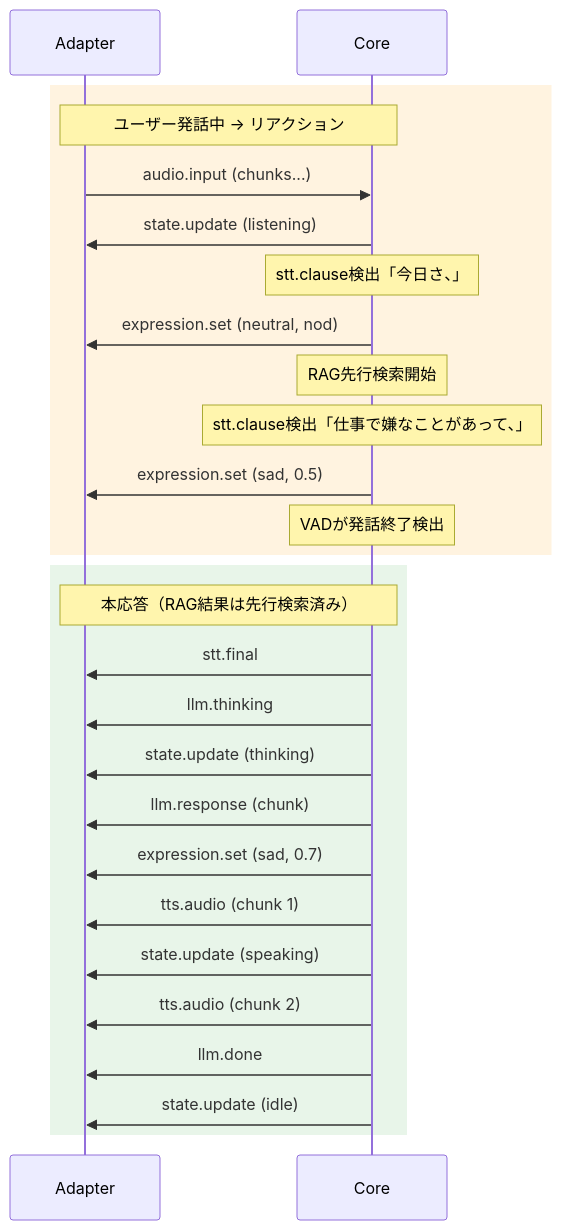
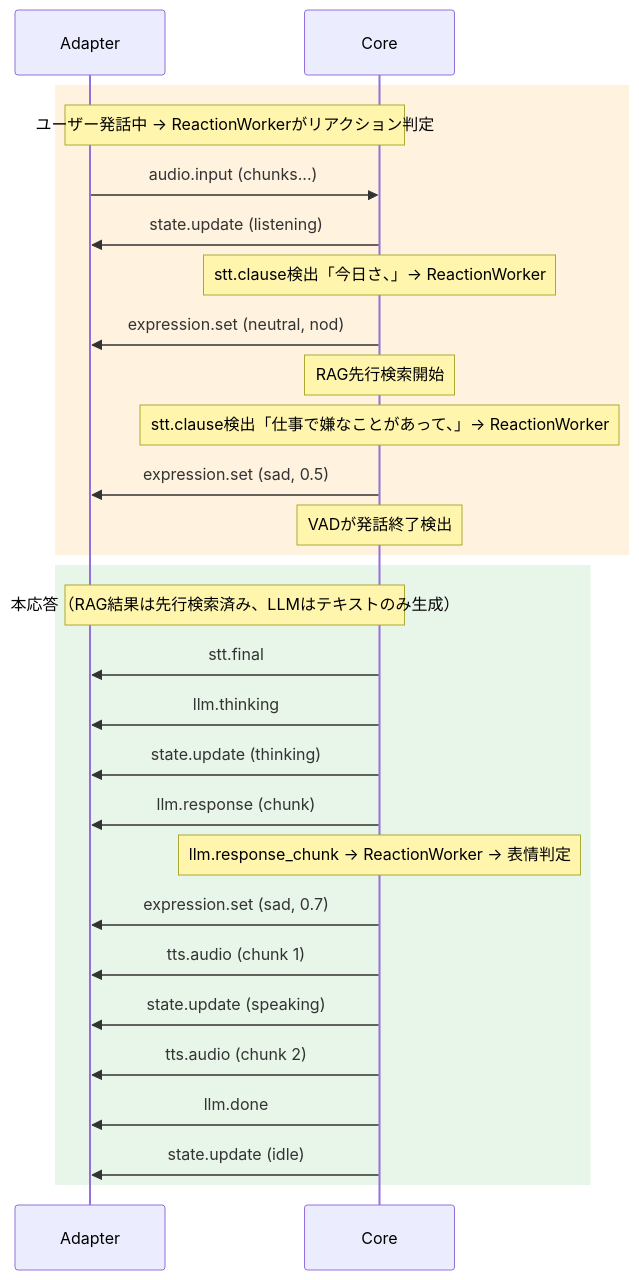
One commit to miumo6329/ai-avatar-framework changed the second of 3 diagrams in docs/protocol.md. Above: the diagram before and after it, drawn with Mermaid. The commit also changed 3 other files, not shown here.

````diff
--- a/docs/protocol.md
+++ b/docs/protocol.md
@@ -344,31 +344,32 @@
 ```mermaid
 sequenceDiagram
   participant Adapter
   participant Core
 
   rect rgb(255, 243, 224)
-    Note over Adapter, Core: ユーザー発話中 → リアクション
+    Note over Adapter, Core: ユーザー発話中 → ReactionWorkerがリアクション判定
     Adapter->>Core: audio.input (chunks...)
     Core->>Adapter: state.update (listening)
-    Note over Core: stt.clause検出「今日さ、」
+    Note over Core: stt.clause検出「今日さ、」→ ReactionWorker
     Core->>Adapter: expression.set (neutral, nod)
     Note over Core: RAG先行検索開始
-    Note over Core: stt.clause検出「仕事で嫌なことがあって、」
+    Note over Core: stt.clause検出「仕事で嫌なことがあって、」→ ReactionWorker
     Core->>Adapter: expression.set (sad, 0.5)
     Note over Core: VADが発話終了検出
   end
 
   rect rgb(232, 245, 233)
-    Note over Adapter, Core: 本応答（RAG結果は先行検索済み）
+    Note over Adapter, Core: 本応答（RAG結果は先行検索済み、LLMはテキストのみ生成）
     Core->>Adapter: stt.final
     Core->>Adapter: llm.thinking
     Core->>Adapter: state.update (thinking)
     Core->>Adapter: llm.response (chunk)
+    Note over Core: llm.response_chunk → ReactionWorker → 表情判定
     Core->>Adapter: expression.set (sad, 0.7)
     Core->>Adapter: tts.audio (chunk 1)
     Core->>Adapter: state.update (speaking)
     Core->>Adapter: tts.audio (chunk 2)
     Core->>Adapter: llm.done
     Core->>Adapter: state.update (idle)
   end
 ```
````
